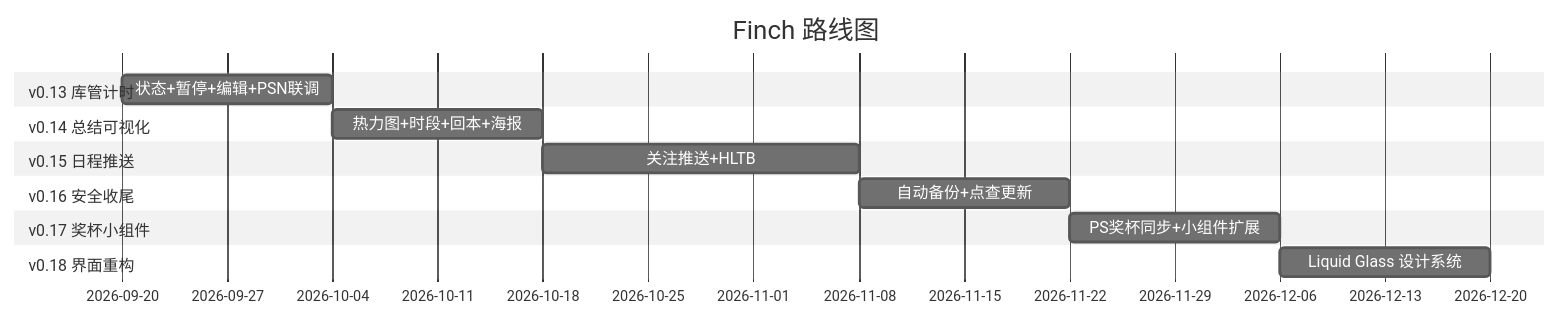
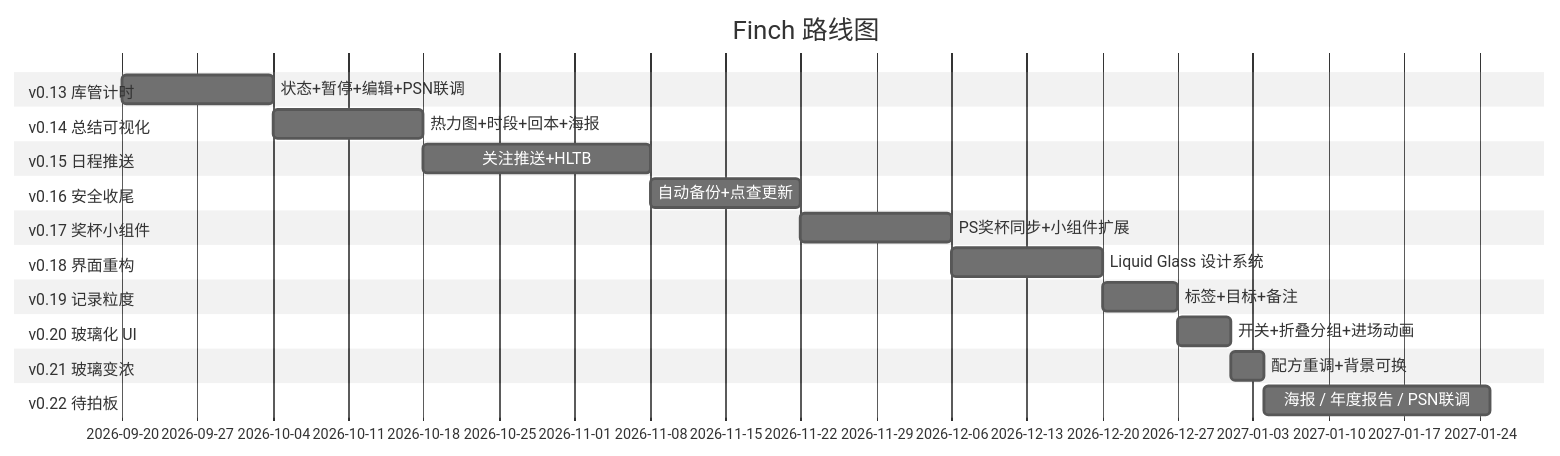
The diagram in ROADMAP.md (NeneRobo32/Finch), drawn with Mermaid (neutral theme) before and after one commit. The commit also changed other lines of this file and 2 other files, not shown here.

First line of the commit message:
文档补到 v0.21.0：ROADMAP 总览/明细/甘特图、CHANGELOG 三个版本、README 功能与版本号

````diff
--- a/ROADMAP.md
+++ b/ROADMAP.md
@@ -46,17 +50,25 @@
 ```mermaid
 gantt
     title Finch 路线图
     dateFormat  YYYY-MM-DD
     section v0.13 库管计时
     状态+暂停+编辑+PSN联调       :a1, 2026-09-20, 14d
     section v0.14 总结可视化
     热力图+时段+回本+海报        :a2, after a1, 14d
     section v0.15 日程推送
     关注推送+HLTB               :a3, after a2, 21d
     section v0.16 安全收尾
     自动备份+点查更新           :a4, after a3, 14d
     section v0.17 奖杯小组件
     PS奖杯同步+小组件扩展        :a5, after a4, 14d
     section v0.18 界面重构
     Liquid Glass 设计系统        :a6, after a5, 14d
+    section v0.19 记录粒度
+    标签+目标+备注               :a7, after a6, 7d
+    section v0.20 玻璃化 UI
+    开关+折叠分组+进场动画       :a8, after a7, 5d
+    section v0.21 玻璃变浓
+    配方重调+背景可换            :a9, after a8, 3d
+    section v0.22 待拍板
+    海报 / 年度报告 / PSN联调    :a10, after a9, 21d
 ```
````
